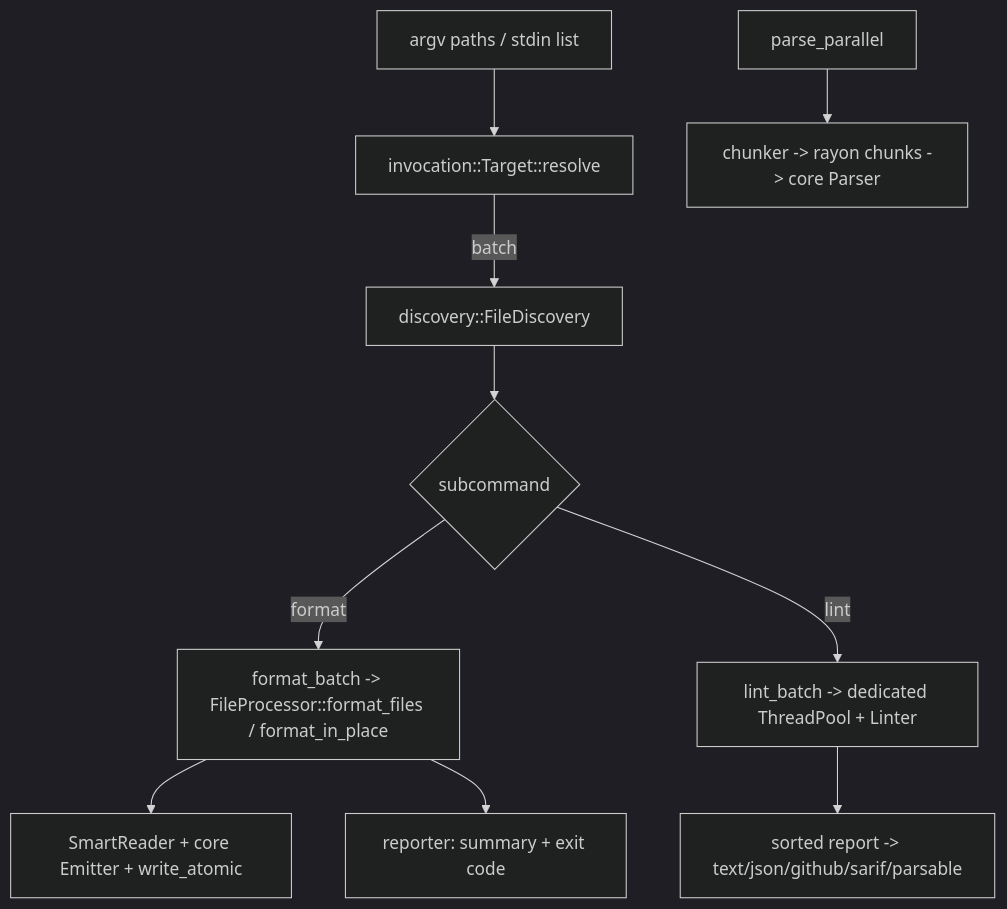
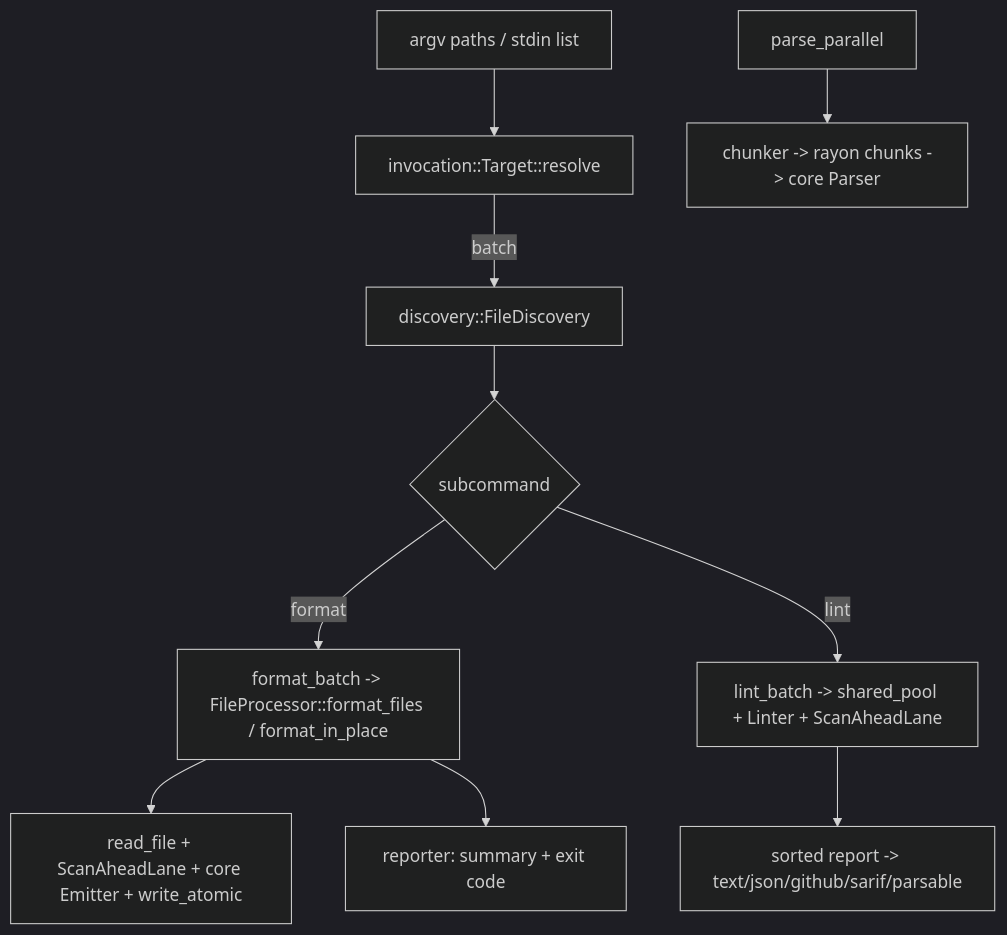
One commit to bug-ops/fast-yaml changed the diagram in specs/005-batch-parallel/plan.md. Above: the diagram before and after it, drawn with Mermaid (dark theme). The commit also changed other lines of this file and 160 other files, not shown here.

First line of the commit message:
fix(linter,core,parallel,cli)!: lint memory, document limit, config extends, batch pool and write_atomic hardening (#595)

````diff
--- a/specs/005-batch-parallel/plan.md
+++ b/specs/005-batch-parallel/plan.md
@@ -26,12 +26,12 @@
 ```mermaid
 graph TD
     A[argv paths / stdin list] --> B[invocation::Target::resolve]
     B -->|batch| C[discovery::FileDiscovery]
     C --> D{subcommand}
     D -->|format| E[format_batch -> FileProcessor::format_files / format_in_place]
-    D -->|lint| F[lint_batch -> dedicated ThreadPool + Linter]
-    E --> G[SmartReader + core Emitter + write_atomic]
+    D -->|lint| F[lint_batch -> shared_pool + Linter + ScanAheadLane]
+    E --> G[read_file + ScanAheadLane + core Emitter + write_atomic]
     F --> H[sorted report -> text/json/github/sarif/parsable]
     E --> I[reporter: summary + exit code]
     J[parse_parallel] --> K[chunker -> rayon chunks -> core Parser]
 ```
````
